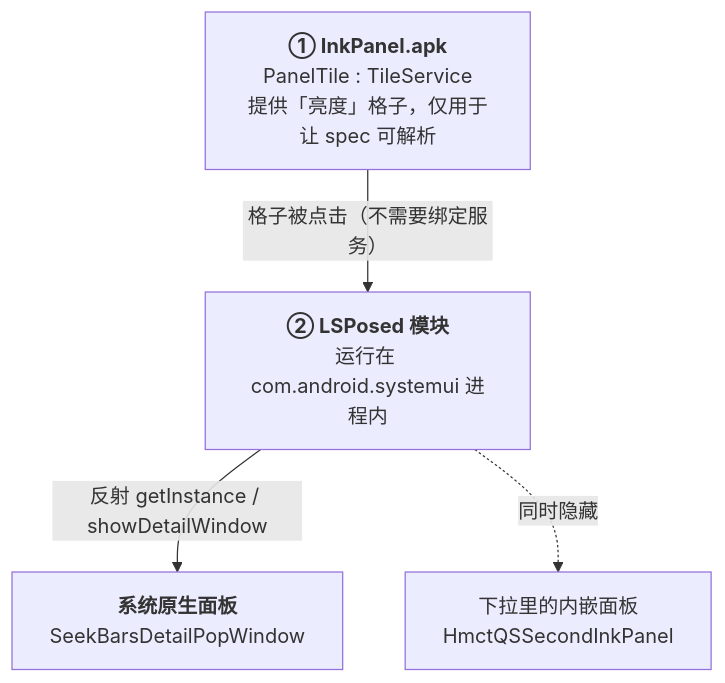
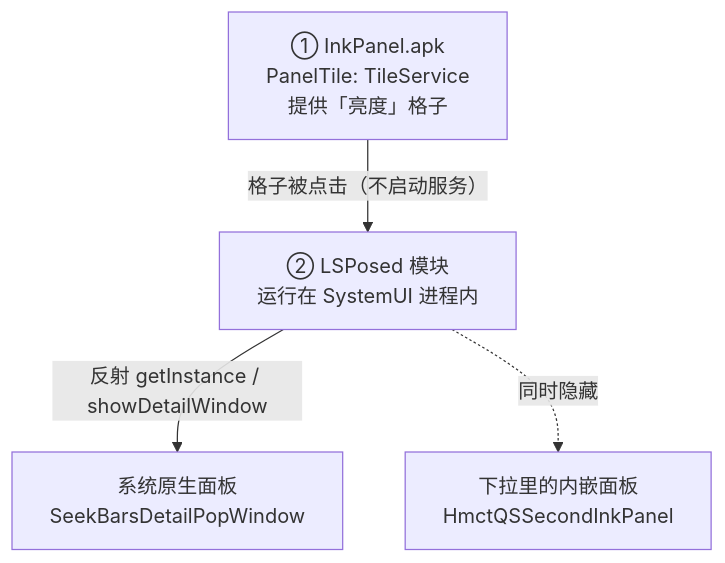
Before and after one commit to zuakeo/InkPanel: the diagram in README.md, drawn with Mermaid.

Commit message:
docs: simplify mermaid diagram labels

````diff
--- a/README.md
+++ b/README.md
@@ -31,11 +31,11 @@
 ```mermaid
 flowchart TD
-    A["<b>① InkPanel.apk</b><br/>PanelTile : TileService<br/>提供「亮度」格子，仅用于让 spec 可解析"]
-    B["<b>② LSPosed 模块</b><br/>运行在 com.android.systemui 进程内"]
-    C["<b>系统原生面板</b><br/>SeekBarsDetailPopWindow"]
+    A["① InkPanel.apk<br/>PanelTile: TileService<br/>提供「亮度」格子"]
+    B["② LSPosed 模块<br/>运行在 SystemUI 进程内"]
+    C["系统原生面板<br/>SeekBarsDetailPopWindow"]
     D["下拉里的内嵌面板<br/>HmctQSSecondInkPanel"]
 
-    A -- "格子被点击（不需要绑定服务）" --> B
-    B -- "反射 getInstance / showDetailWindow" --> C
-    B -. "同时隐藏" .-> D
+    A -->|"格子被点击（不启动服务）"| B
+    B -->|"反射 getInstance / showDetailWindow"| C
+    B -.->|"同时隐藏"| D
 ```
````
